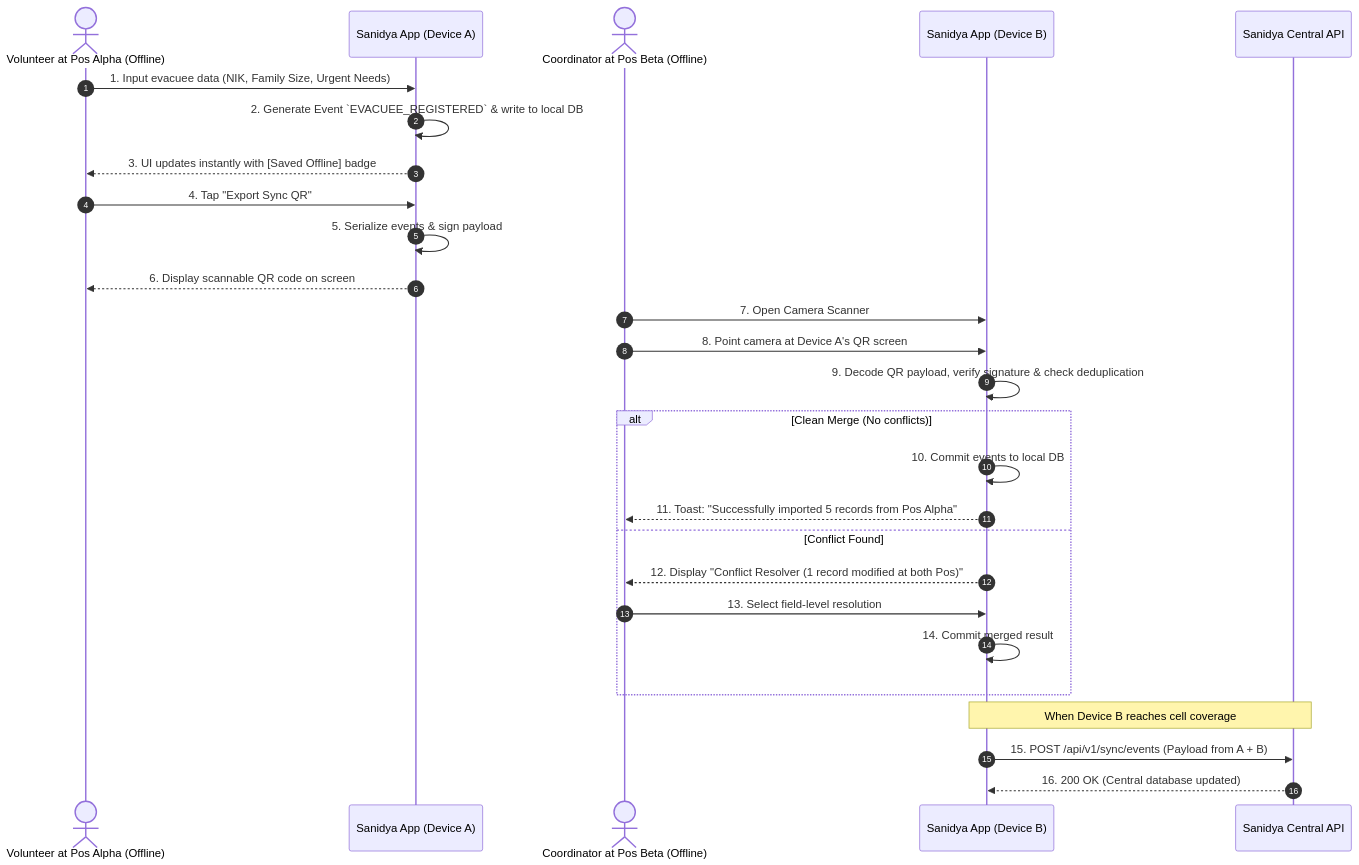
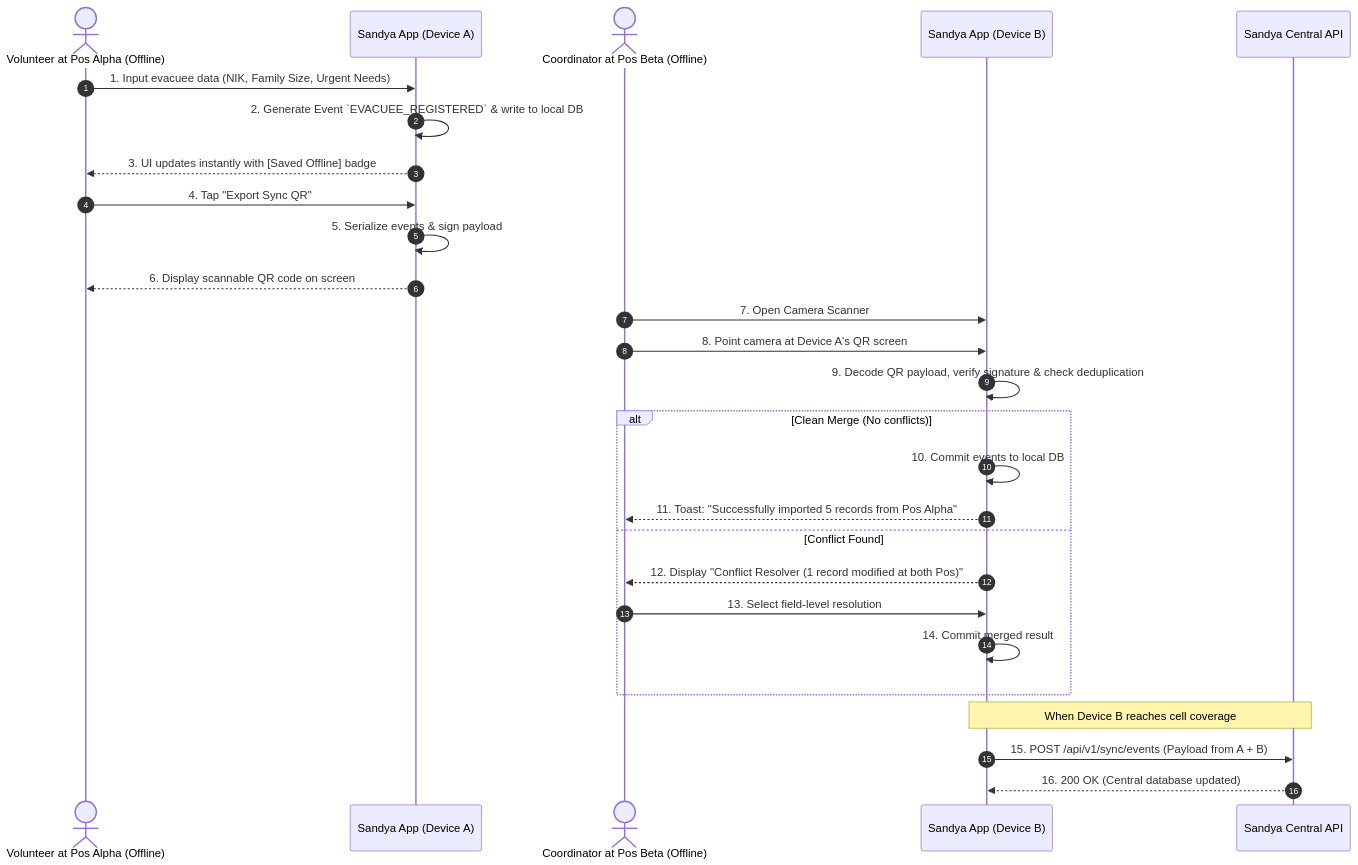
The third of 3 diagrams in .agents/skills/userflow-designer/examples/offline-first-p2p-sync.md (untacorp/sandya), drawn with Mermaid before and after one commit. The commit also changed other lines of this file and 218 other files, not shown here.

First line of the commit message:
feat: complete Sandya rebranding, local-first sqlite to cloud pipeline, zero-mock cleanup, and production metadata

````diff
--- a/.agents/skills/userflow-designer/examples/offline-first-p2p-sync.md
+++ b/.agents/skills/userflow-designer/examples/offline-first-p2p-sync.md
@@ -104,34 +104,34 @@
 ```mermaid
 sequenceDiagram
-    autonumber
-    actor VolA as Volunteer at Pos Alpha (Offline)
-    participant AppA as Sanidya App (Device A)
-    actor VolB as Coordinator at Pos Beta (Offline)
-    participant AppB as Sanidya App (Device B)
-    participant Cloud as Sanidya Central API
+  autonumber
+  actor VolA as Volunteer at Pos Alpha (Offline)
+  participant AppA as Sandya App (Device A)
+  actor VolB as Coordinator at Pos Beta (Offline)
+  participant AppB as Sandya App (Device B)
+  participant Cloud as Sandya Central API
 
-    VolA->>AppA: 1. Input evacuee data (NIK, Family Size, Urgent Needs)
-    AppA->>AppA: 2. Generate Event `EVACUEE_REGISTERED` & write to local DB
-    AppA-->>VolA: 3. UI updates instantly with [Saved Offline] badge
-    
-    VolA->>AppA: 4. Tap "Export Sync QR"
-    AppA->>AppA: 5. Serialize events & sign payload
-    AppA-->>VolA: 6. Display scannable QR code on screen
-    
-    VolB->>AppB: 7. Open Camera Scanner
-    VolB->>AppB: 8. Point camera at Device A's QR screen
-    AppB->>AppB: 9. Decode QR payload, verify signature & check deduplication
-    
-    alt Clean Merge (No conflicts)
-        AppB->>AppB: 10. Commit events to local DB
-        AppB-->>VolB: 11. Toast: "Successfully imported 5 records from Pos Alpha"
-    else Conflict Found
-        AppB-->>VolB: 12. Display "Conflict Resolver (1 record modified at both Pos)"
-        VolB->>AppB: 13. Select field-level resolution
-        AppB->>AppB: 14. Commit merged result
-    end
+  VolA->>AppA: 1. Input evacuee data (NIK, Family Size, Urgent Needs)
+  AppA->>AppA: 2. Generate Event `EVACUEE_REGISTERED` & write to local DB
+  AppA-->>VolA: 3. UI updates instantly with [Saved Offline] badge
+  
+  VolA->>AppA: 4. Tap "Export Sync QR"
+  AppA->>AppA: 5. Serialize events & sign payload
+  AppA-->>VolA: 6. Display scannable QR code on screen
+  
+  VolB->>AppB: 7. Open Camera Scanner
+  VolB->>AppB: 8. Point camera at Device A's QR screen
+  AppB->>AppB: 9. Decode QR payload, verify signature & check deduplication
+  
+  alt Clean Merge (No conflicts)
+  AppB->>AppB: 10. Commit events to local DB
+  AppB-->>VolB: 11. Toast: "Successfully imported 5 records from Pos Alpha"
+  else Conflict Found
+  AppB-->>VolB: 12. Display "Conflict Resolver (1 record modified at both Pos)"
+  VolB->>AppB: 13. Select field-level resolution
+  AppB->>AppB: 14. Commit merged result
+  end
 
-    Note over AppB,Cloud: When Device B reaches cell coverage
-    AppB->>Cloud: 15. POST /api/v1/sync/events (Payload from A + B)
-    Cloud-->>AppB: 16. 200 OK (Central database updated)
+  Note over AppB,Cloud: When Device B reaches cell coverage
+  AppB->>Cloud: 15. POST /api/v1/sync/events (Payload from A + B)
+  Cloud-->>AppB: 16. 200 OK (Central database updated)
 ```
````
